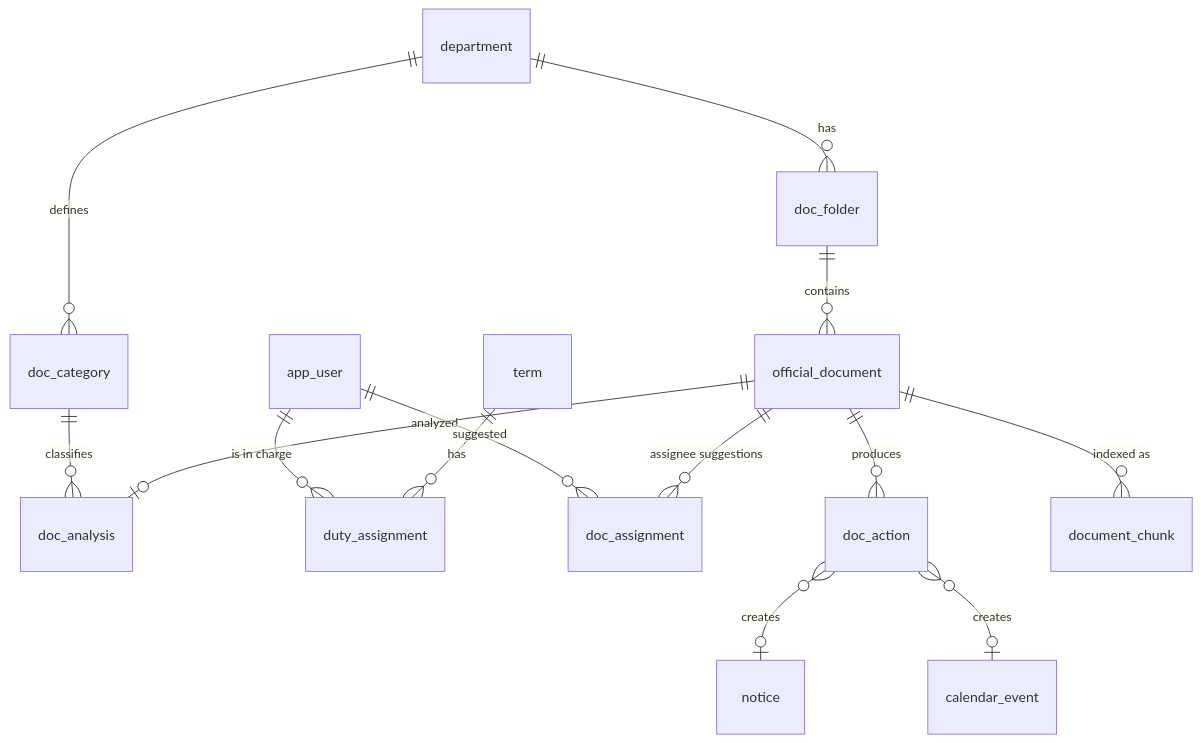
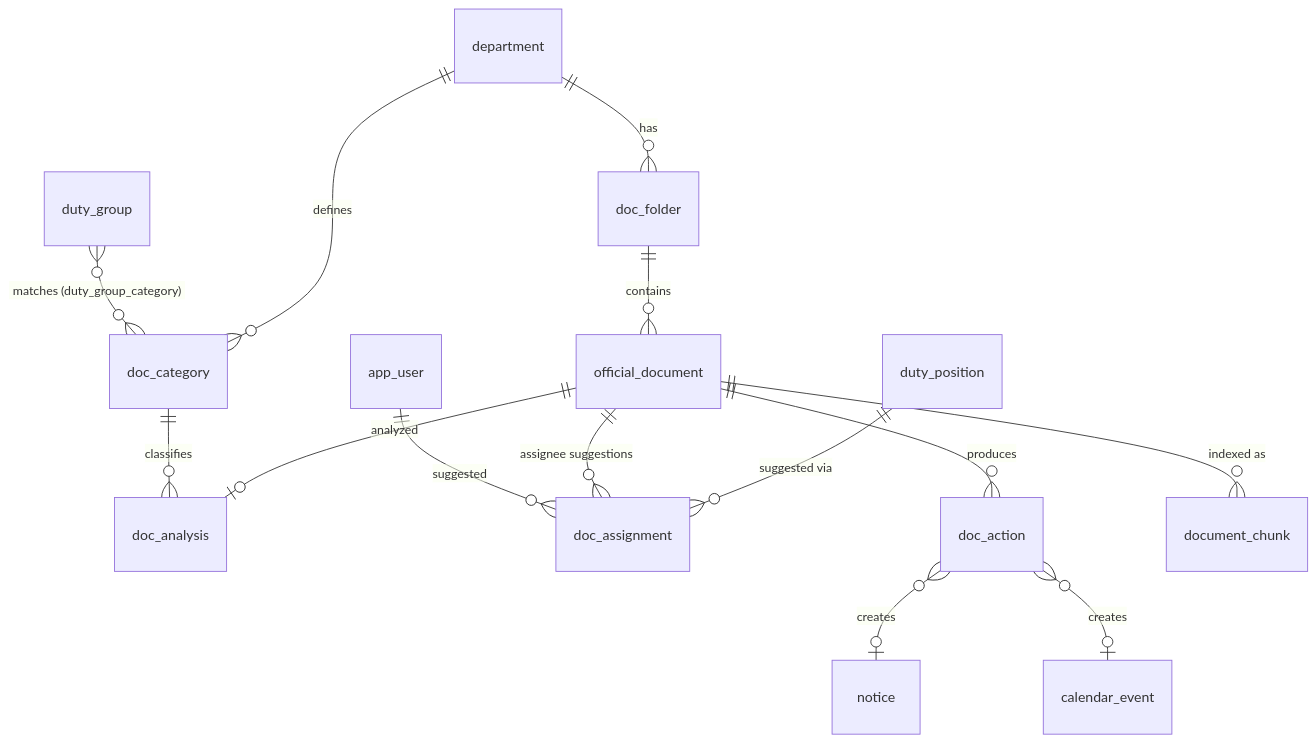
The fourth of 5 diagrams in docs/db-design.md (thiskorea81/2027projectSD), drawn with Mermaid before and after one commit. The commit also changed other lines of this file and 2 other files, not shown here.

````diff
--- a/docs/db-design.md
+++ b/docs/db-design.md
@@ -117,16 +118,16 @@
 ```mermaid
 erDiagram
   department ||--o{ doc_folder : has
   doc_folder ||--o{ official_document : contains
   official_document ||--o| doc_analysis : analyzed
   doc_category ||--o{ doc_analysis : classifies
   department ||--o{ doc_category : defines
-  term ||--o{ duty_assignment : has
-  app_user ||--o{ duty_assignment : "is in charge"
+  duty_group }o--o{ doc_category : "matches (duty_group_category)"
+  duty_position ||--o{ doc_assignment : "suggested via"
   official_document ||--o{ doc_assignment : "assignee suggestions"
   app_user ||--o{ doc_assignment : suggested
   official_document ||--o{ doc_action : produces
   doc_action }o--o| notice : "creates"
   doc_action }o--o| calendar_event : "creates"
   official_document ||--o{ document_chunk : "indexed as"
 ```
````
